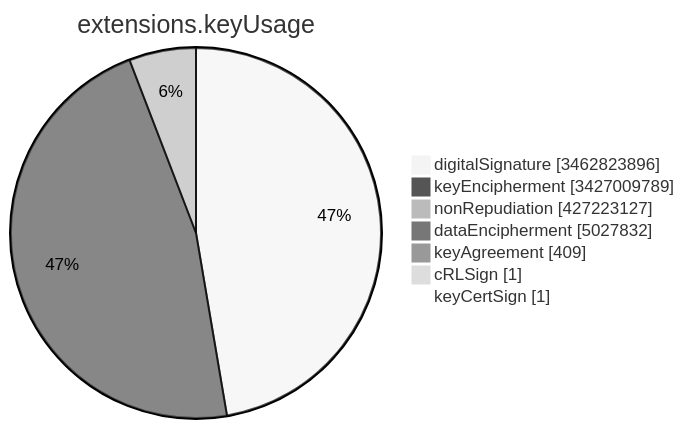
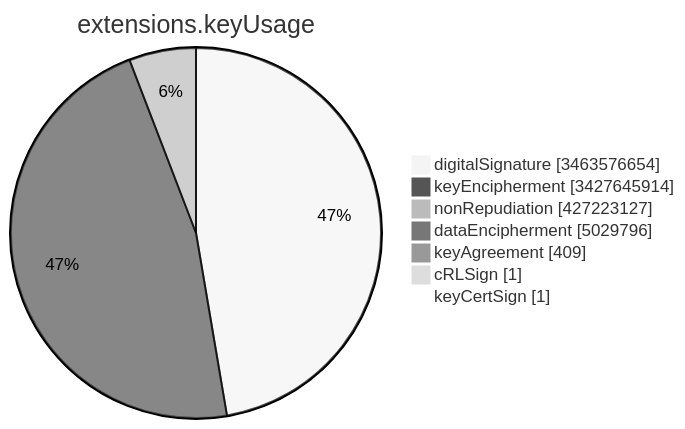
One commit to christiankrug/ctmonitor_visualization changed the sixth of 15 diagrams in TOTAL/README.md. Above: the diagram before and after it, drawn with Mermaid (neutral theme). The commit also changed other lines of this file, not shown here.

````diff
--- a/TOTAL/README.md
+++ b/TOTAL/README.md
@@ -3082,11 +3082,11 @@
 ```mermaid
 pie showData
 title extensions.keyUsage
-"digitalSignature" :3462823896
-"keyEncipherment" :3427009789
+"digitalSignature" :3463576654
+"keyEncipherment" :3427645914
 "nonRepudiation" :427223127
-"dataEncipherment" :5027832
+"dataEncipherment" :5029796
 "keyAgreement" :409
 "cRLSign" :1
 "keyCertSign" :1
 ```
````
